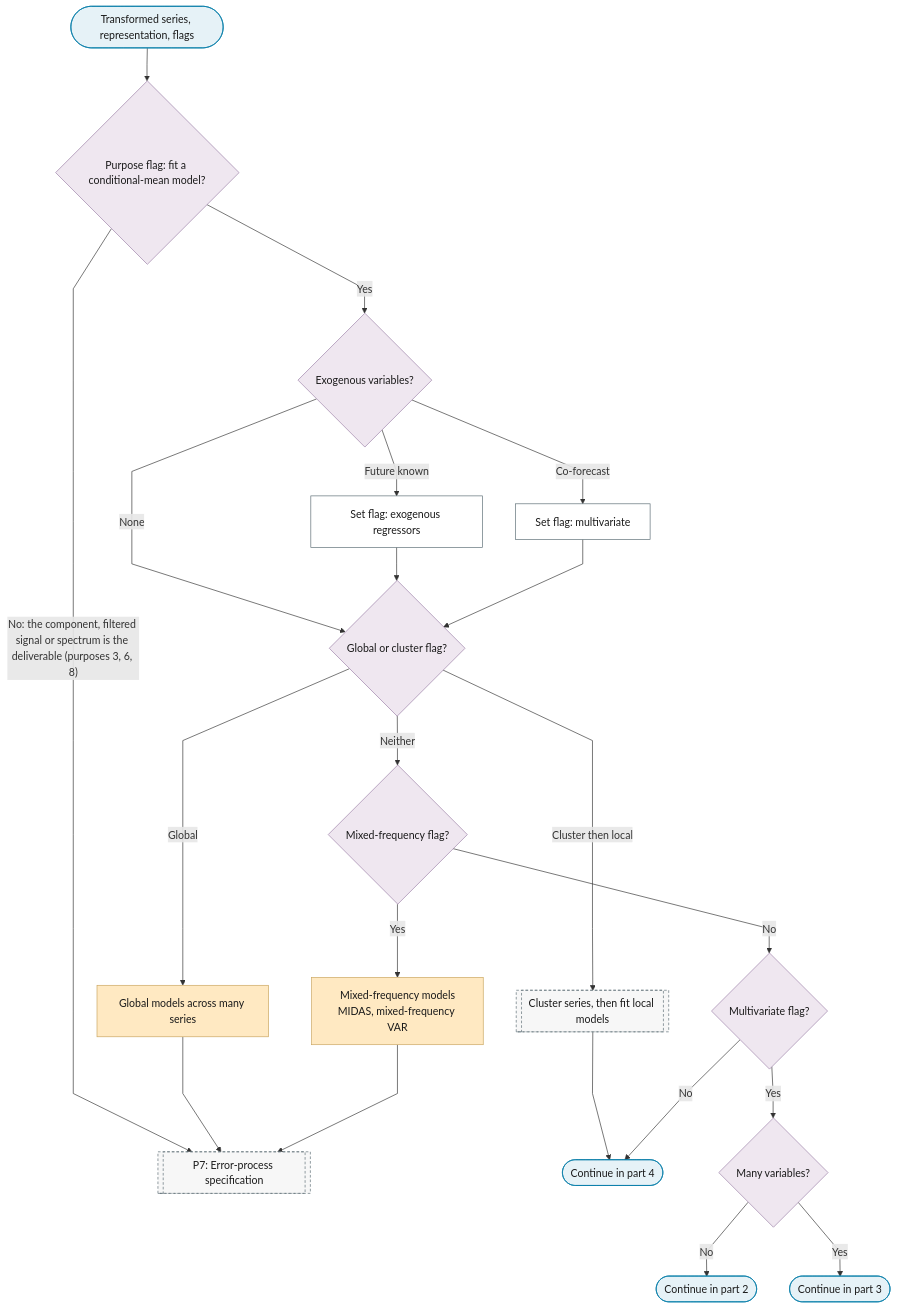
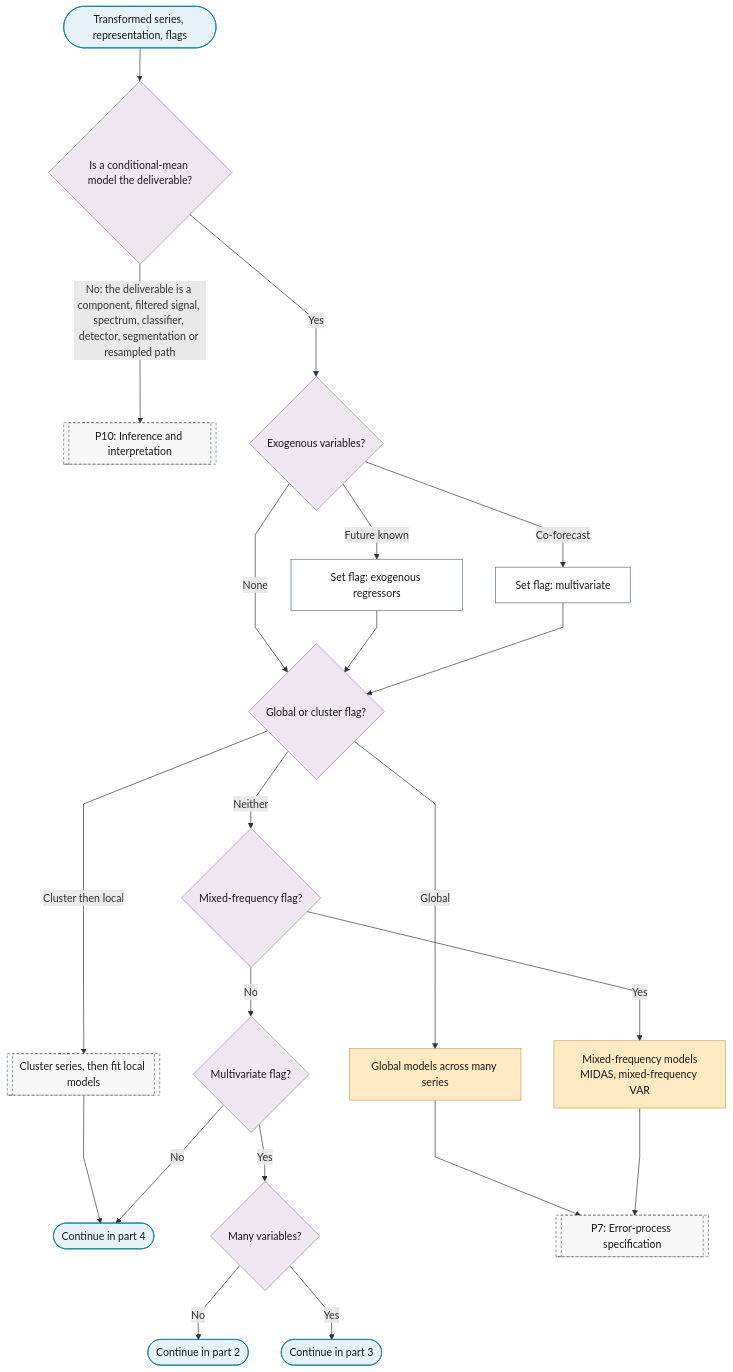
The first of 10 diagrams in docs/01-workflow/p06-mean-model-class.md (Shuxin-Y/time-series-analysis-manual), drawn with Mermaid before and after one commit. The commit also changed 6 other files, not shown here.

First line of the commit message:
fix(flowchart): P6 asks whether a conditional-mean model is the deliverable; no-model paths skip P6 to P9 (rev1 R2-1)

````diff
--- a/docs/01-workflow/p06-mean-model-class.md
+++ b/docs/01-workflow/p06-mean-model-class.md
@@ -11,35 +11,35 @@
 ```mermaid
 %%{init: {"flowchart": {"curve": "linear"}}}%%
 graph TD
-    P6_IN(["Transformed series, representation, flags"]) --> P6_MODEL_NEEDED{"Purpose flag: fit a conditional-mean model?"}
-    P6_MODEL_NEEDED -->|"No: the component, filtered signal or spectrum is the deliverable (purposes 3, 6, 8)"| P7
+    P6_IN(["Transformed series, representation, flags"]) --> P6_MODEL_NEEDED{"Is a conditional-mean model the deliverable?"}
+    P6_MODEL_NEEDED -->|"No: the deliverable is a component, filtered signal, spectrum, classifier, detector, segmentation or resampled path"| P10[["P10: Inference and interpretation"]]
     P6_MODEL_NEEDED -->|"Yes"| P6_EXOGENOUS{"Exogenous variables?"}
     P6_EXOGENOUS -->|"Future known"| P6_EXOG_FLAG["Set flag: exogenous regressors"]
     P6_EXOGENOUS -->|"Co-forecast"| P6_MULTI_FLAG["Set flag: multivariate"]
     P6_EXOGENOUS -->|"None"| P6_GLOBAL_Q
     P6_EXOG_FLAG & P6_MULTI_FLAG --> P6_GLOBAL_Q{"Global or cluster flag?"}
     P6_GLOBAL_Q -->|"Global"| P6_GLOBAL_MODELS["Global models across many series"]
     P6_GLOBAL_Q -->|"Cluster then local"| B7_CLUSTER_THEN_LOCAL[["Cluster series, then fit local models"]]
     P6_GLOBAL_Q -->|"Neither"| P6_MIXED_Q{"Mixed-frequency flag?"}
     B7_CLUSTER_THEN_LOCAL --> P6_TO_PART_4
     P6_MIXED_Q -->|"Yes"| P6_MIXED_FREQUENCY["Mixed-frequency models<br/>MIDAS, mixed-frequency VAR"]
     P6_MIXED_Q -->|"No"| P6_MULTI_Q{"Multivariate flag?"}
     P6_MULTI_Q -->|"Yes"| P6_MANY_Q{"Many variables?"}
     P6_MULTI_Q -->|"No"| P6_TO_PART_4(["Continue in part 4"])
     P6_MANY_Q -->|"No"| P6_TO_PART_2(["Continue in part 2"])
     P6_MANY_Q -->|"Yes"| P6_TO_PART_3(["Continue in part 3"])
     P6_GLOBAL_MODELS & P6_MIXED_FREQUENCY --> P7[["P7: Error-process specification"]]
     class P6_GLOBAL_MODELS,P6_MIXED_FREQUENCY escalate
     class P6_IN,P6_TO_PART_4,P6_TO_PART_2,P6_TO_PART_3 terminator
     class P6_MODEL_NEEDED,P6_EXOGENOUS,P6_GLOBAL_Q,P6_MIXED_Q,P6_MULTI_Q,P6_MANY_Q decision
     class P6_EXOG_FLAG,P6_MULTI_FLAG process
-    class B7_CLUSTER_THEN_LOCAL,P7 ref
+    class P10,B7_CLUSTER_THEN_LOCAL,P7 ref
     classDef terminator fill:#E6F2F7,stroke:#007BA7,color:#1A1A1A;
     classDef process fill:#FFFFFF,stroke:#5A6B73,color:#1A1A1A;
     classDef decision fill:#EFE7F0,stroke:#9B7FA7,color:#1A1A1A;
     classDef data fill:#FFF4E0,stroke:#C9A55E,color:#1A1A1A;
     classDef good fill:#DCEFD8,stroke:#4A7A3F,color:#1A1A1A;
     classDef escalate fill:#FFE9C2,stroke:#C9A55E,color:#1A1A1A;
     classDef problem fill:#F2D9DE,stroke:#800020,color:#1A1A1A;
     classDef ref fill:#F7F7F7,stroke:#5A6B73,color:#1A1A1A,stroke-dasharray:4 3;
 ```
````
